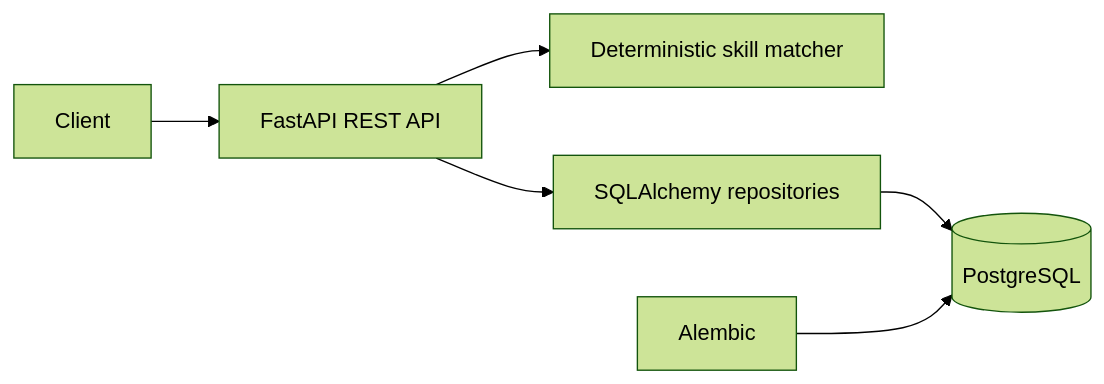
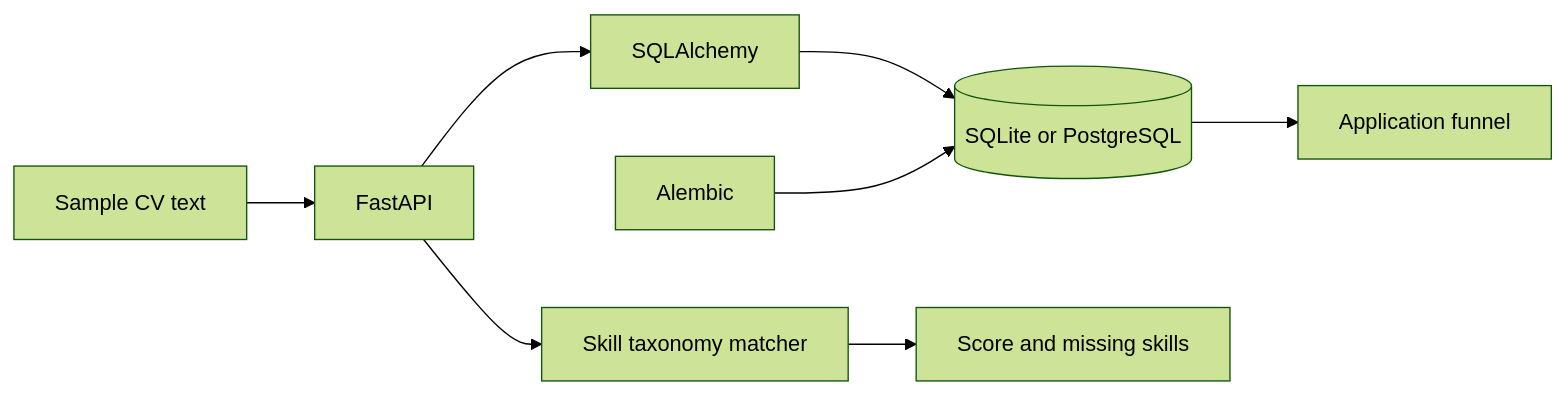
One commit to faizansahi/ai-job-application-tracker changed the diagram in README.md. Above: the diagram before and after it, drawn with Mermaid (forest theme). The commit also changed other lines of this file and 20 other files, not shown here.

Commit message:
docs: add architecture and verified demo evidence

````diff
--- a/README.md
+++ b/README.md
@@ -5,8 +32,10 @@
 ```mermaid
 flowchart LR
-  Client --> API[FastAPI REST API]
-  API --> NLP[Deterministic skill matcher]
-  API --> ORM[SQLAlchemy repositories]
-  ORM --> DB[(PostgreSQL)]
+  CV[Sample CV text] --> API[FastAPI]
+  API --> Match[Skill taxonomy matcher]
+  API --> ORM[SQLAlchemy]
+  ORM --> DB[(SQLite or PostgreSQL)]
+  Match --> Score[Score and missing skills]
+  DB --> Analytics[Application funnel]
   Alembic --> DB
 ```
````
